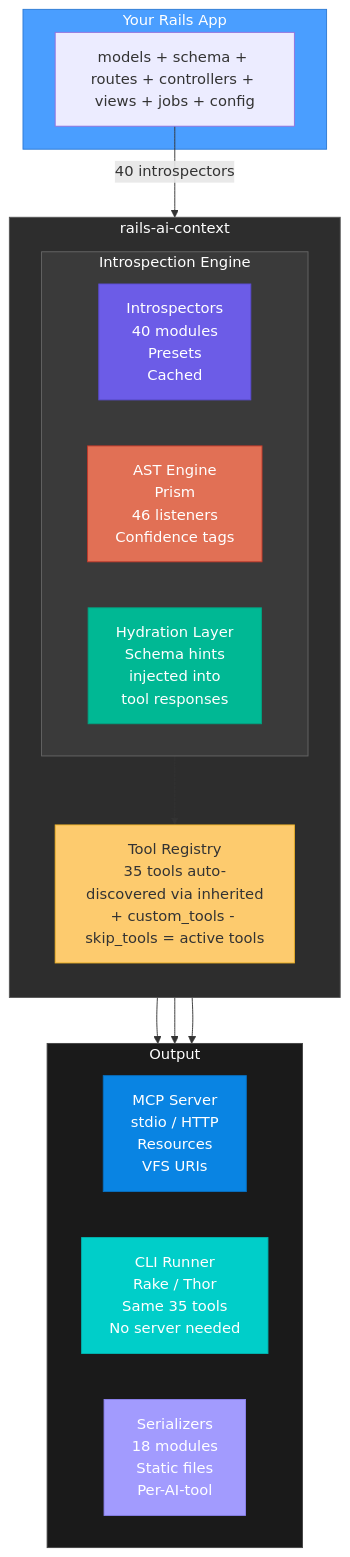
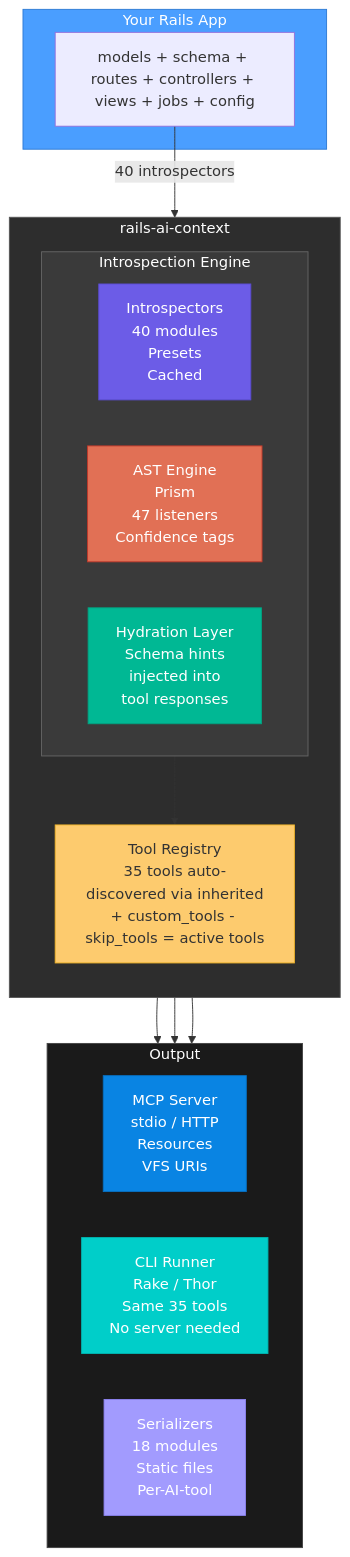
One commit to crisnahine/rails-ai-context changed the first of 3 diagrams in docs/ARCHITECTURE.md. Above: the diagram before and after it, drawn with Mermaid. The commit also changed other lines of this file and 334 other files, not shown here.

````diff
--- a/docs/ARCHITECTURE.md
+++ b/docs/ARCHITECTURE.md
@@ -15,44 +15,44 @@
 ```mermaid
 graph TD
     subgraph app["Your Rails App"]
         A["models + schema + routes + controllers + views + jobs + config"]
     end
 
     A -->|"40 introspectors"| gem
 
     subgraph gem["rails-ai-context"]
         direction TB
 
         subgraph engine["Introspection Engine"]
             direction LR
             I["Introspectors\n40 modules\nPresets\nCached"]
-            AST["AST Engine\nPrism\n46 listeners\nConfidence tags"]
+            AST["AST Engine\nPrism\n47 listeners\nConfidence tags"]
             H["Hydration Layer\nSchema hints\ninjected into\ntool responses"]
         end
 
         engine --> R["Tool Registry\n35 tools auto-discovered via inherited\n+ custom_tools - skip_tools = active tools"]
     end
 
     R --> MCP
     R --> CLI
     R --> S
 
     subgraph outputs["Output"]
         direction LR
         MCP["MCP Server\nstdio / HTTP\nResources\nVFS URIs"]
         CLI["CLI Runner\nRake / Thor\nSame 35 tools\nNo server needed"]
         S["Serializers\n18 modules\nStatic files\nPer-AI-tool"]
     end
 
     style app fill:#4a9eff,stroke:#2d7ad4,color:#fff
     style gem fill:#2d2d2d,stroke:#555,color:#fff
     style engine fill:#3a3a3a,stroke:#666,color:#fff
     style outputs fill:#1a1a1a,stroke:#444,color:#fff
     style I fill:#6c5ce7,stroke:#5a4bd1,color:#fff
     style AST fill:#e17055,stroke:#c0392b,color:#fff
     style H fill:#00b894,stroke:#00a381,color:#fff
     style R fill:#fdcb6e,stroke:#f0b429,color:#333
     style MCP fill:#0984e3,stroke:#0770c2,color:#fff
     style CLI fill:#00cec9,stroke:#00b5b0,color:#fff
     style S fill:#a29bfe,stroke:#8c83f0,color:#fff
 ```
````
